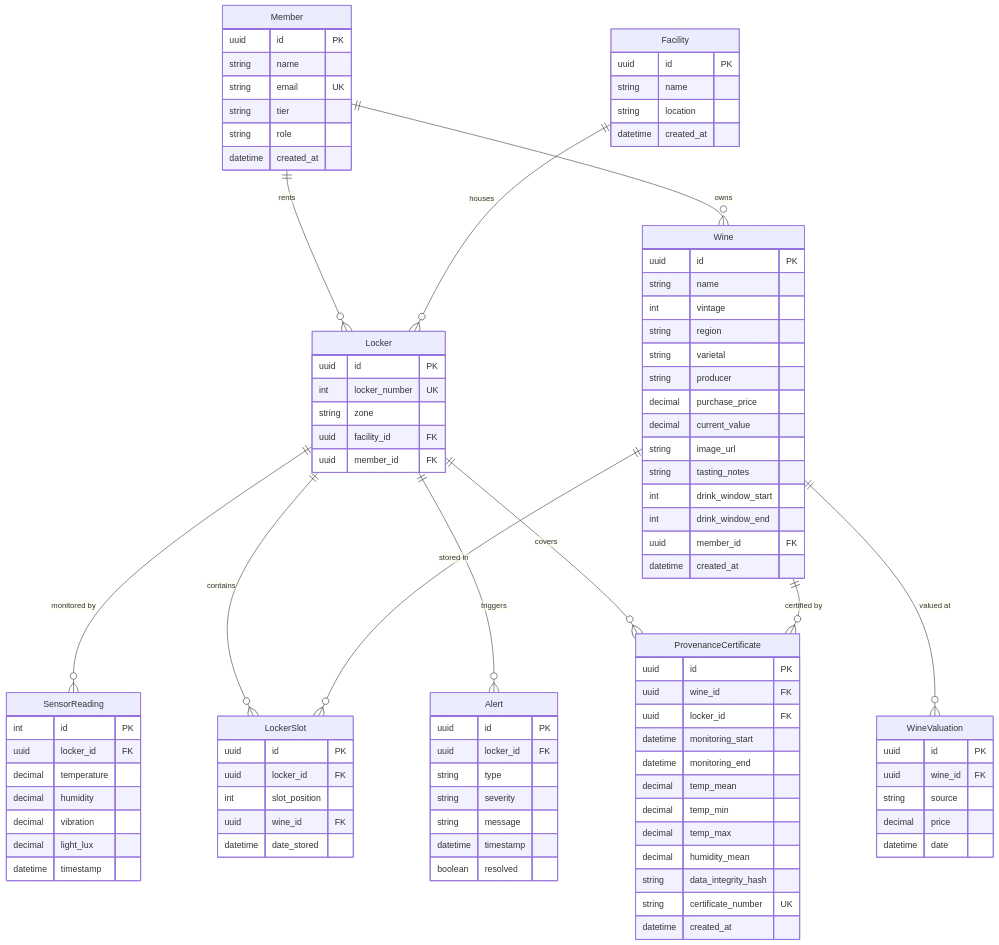
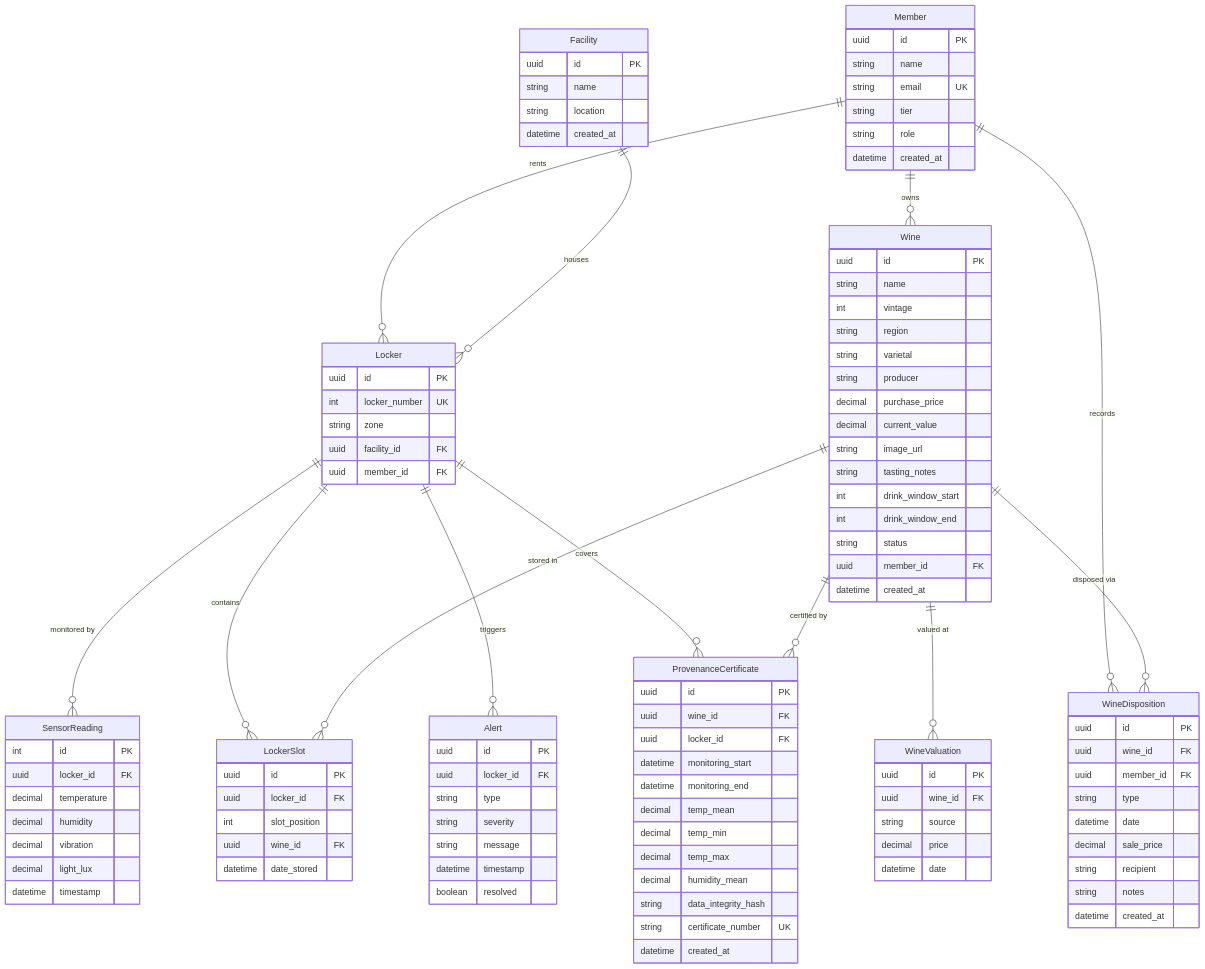
Before and after one commit to nathanielsohn/caveau-app: the diagram in docs/DATA_MODEL.md, drawn with Mermaid. The commit also changed other lines of this file and 15 other files, not shown here.

````diff
--- a/docs/DATA_MODEL.md
+++ b/docs/DATA_MODEL.md
@@ -16,6 +16,8 @@
     Locker ||--o{ SensorReading : "monitored by"
     Locker ||--o{ Alert : "triggers"
     Locker ||--o{ ProvenanceCertificate : "covers"
+    Wine ||--o{ WineDisposition : "disposed via"
+    Member ||--o{ WineDisposition : "records"
 
     Facility {
         uuid id PK
@@ -44,6 +46,7 @@
         string tasting_notes
         int drink_window_start
         int drink_window_end
+        string status
         uuid member_id FK
         datetime created_at
     }
@@ -100,4 +103,15 @@
         string certificate_number UK
         datetime created_at
     }
+    WineDisposition {
+        uuid id PK
+        uuid wine_id FK
+        uuid member_id FK
+        string type
+        datetime date
+        decimal sale_price
+        string recipient
+        string notes
+        datetime created_at
+    }
 ```
````
